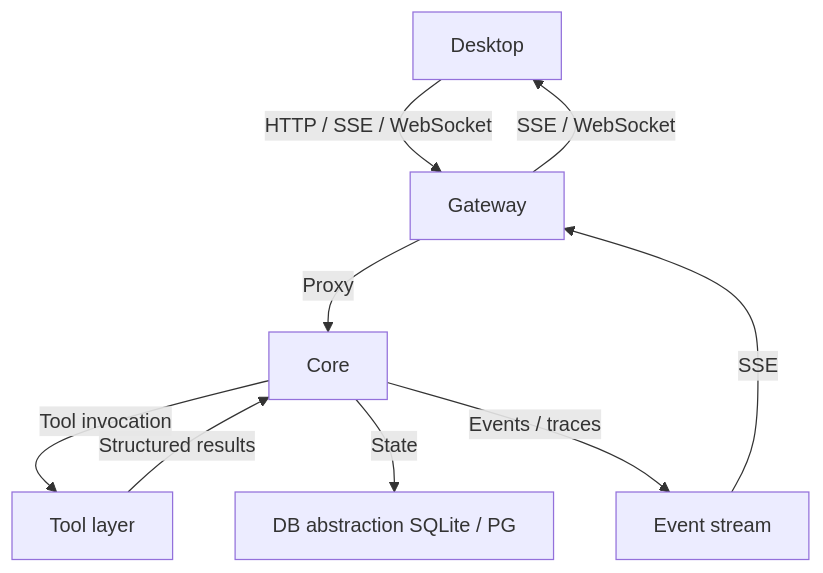
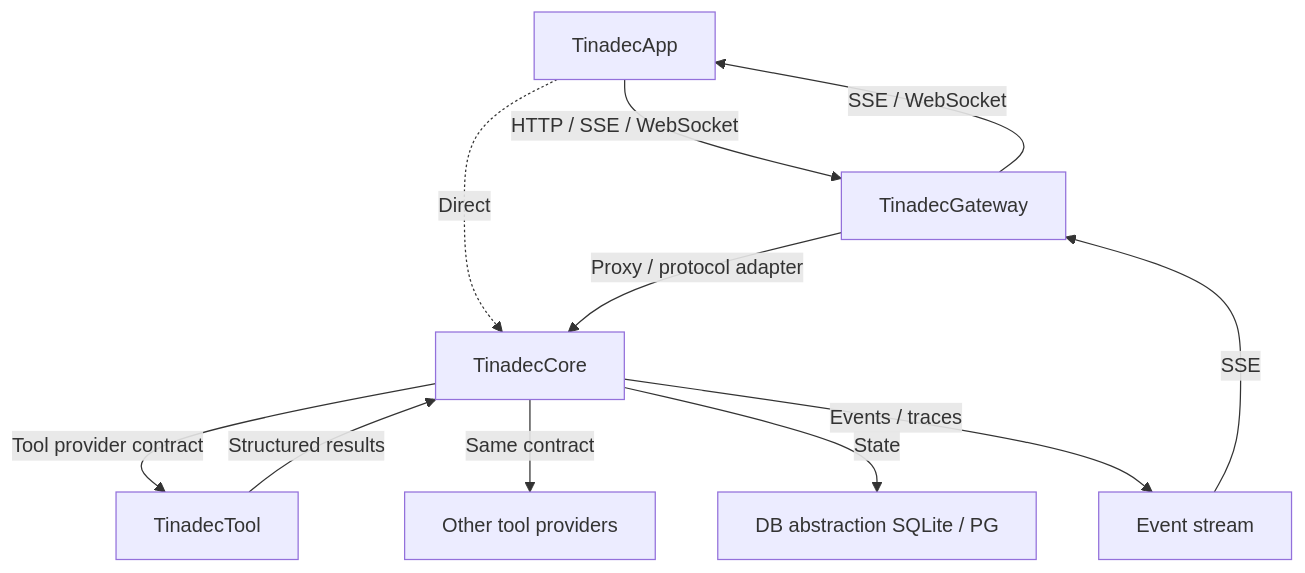
The diagram in README.md (Tinadec/TinadecOffice), drawn with Mermaid before and after one commit. The commit also changed other lines of this file and 397 other files, not shown here.

````diff
--- a/README.md
+++ b/README.md
@@ -33,11 +46,13 @@
 ```mermaid
 graph TD
-    A[Desktop] -->|HTTP / SSE / WebSocket| B[Gateway]
-    B -->|Proxy| C[Core]
-    C -->|Tool invocation| D[Tool layer]
+    A[TinadecApp] -->|HTTP / SSE / WebSocket| B[TinadecGateway]
+    A -. Direct .-> C[TinadecCore]
+    B -->|Proxy / protocol adapter| C
+    C -->|Tool provider contract| D[TinadecTool]
+    C -->|Same contract| G[Other tool providers]
     D -->|Structured results| C
     C -->|State| E[DB abstraction SQLite / PG]
     C -->|Events / traces| F[Event stream]
     F -->|SSE| B
     B -->|SSE / WebSocket| A
 ```
````
